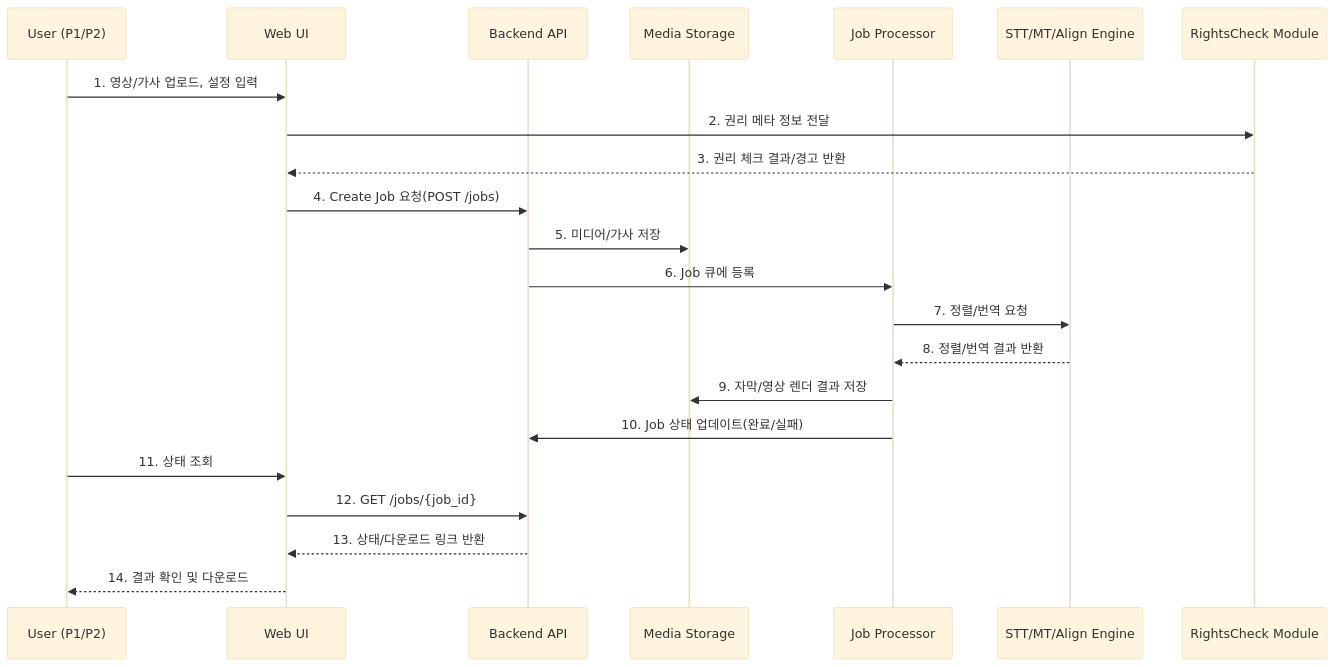
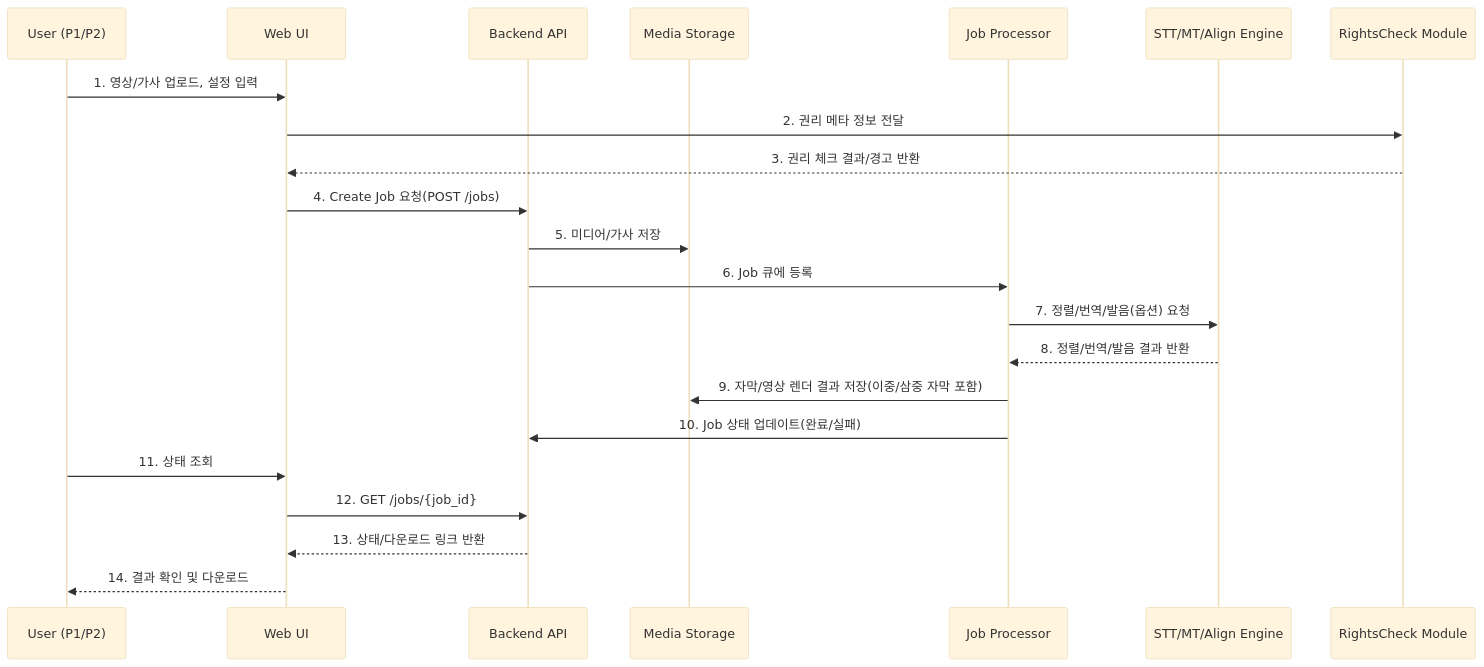
One commit to hseunghwan/modo-bootcamp changed the first of 3 diagrams in 3_Multilingual_Karaoke_Subtitle_Video_Generation_SaaS/gpt-5/plan/Software Requirements Specification.md. Above: the diagram before and after it, drawn with Mermaid (base theme). The commit also changed other lines of this file, not shown here.

````diff
--- a/3_Multilingual_Karaoke_Subtitle_Video_Generation_SaaS/gpt-5/plan/Software Requirements Specification.md
+++ b/3_Multilingual_Karaoke_Subtitle_Video_Generation_SaaS/gpt-5/plan/Software Requirements Specification.md
@@ -153,25 +154,25 @@
 ```mermaid
 sequenceDiagram
     participant U as User (P1/P2)
     participant UI as Web UI
     participant API as Backend API
     participant Store as Media Storage
     participant Proc as Job Processor
     participant STT as STT/MT/Align Engine
     participant RC as RightsCheck Module
 
     U->>UI: 1. 영상/가사 업로드, 설정 입력
     UI->>RC: 2. 권리 메타 정보 전달
     RC-->>UI: 3. 권리 체크 결과/경고 반환
     UI->>API: 4. Create Job 요청(POST /jobs)
     API->>Store: 5. 미디어/가사 저장
     API->>Proc: 6. Job 큐에 등록
-    Proc->>STT: 7. 정렬/번역 요청
-    STT-->>Proc: 8. 정렬/번역 결과 반환
-    Proc->>Store: 9. 자막/영상 렌더 결과 저장
+    Proc->>STT: 7. 정렬/번역/발음(옵션) 요청
+    STT-->>Proc: 8. 정렬/번역/발음 결과 반환
+    Proc->>Store: 9. 자막/영상 렌더 결과 저장(이중/삼중 자막 포함)
     Proc->>API: 10. Job 상태 업데이트(완료/실패)
     U->>UI: 11. 상태 조회
     UI->>API: 12. GET /jobs/{job_id}
     API-->>UI: 13. 상태/다운로드 링크 반환
     UI-->>U: 14. 결과 확인 및 다운로드
 ```
````
